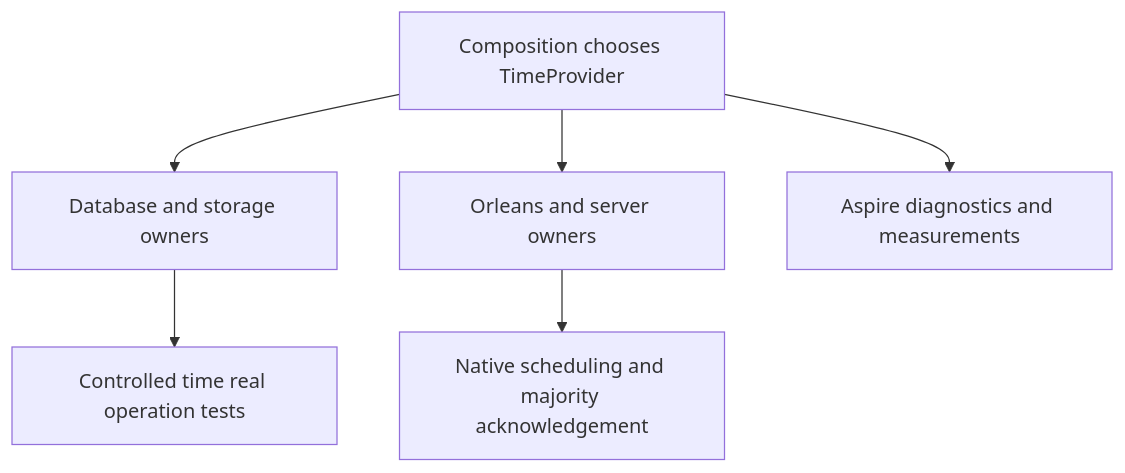
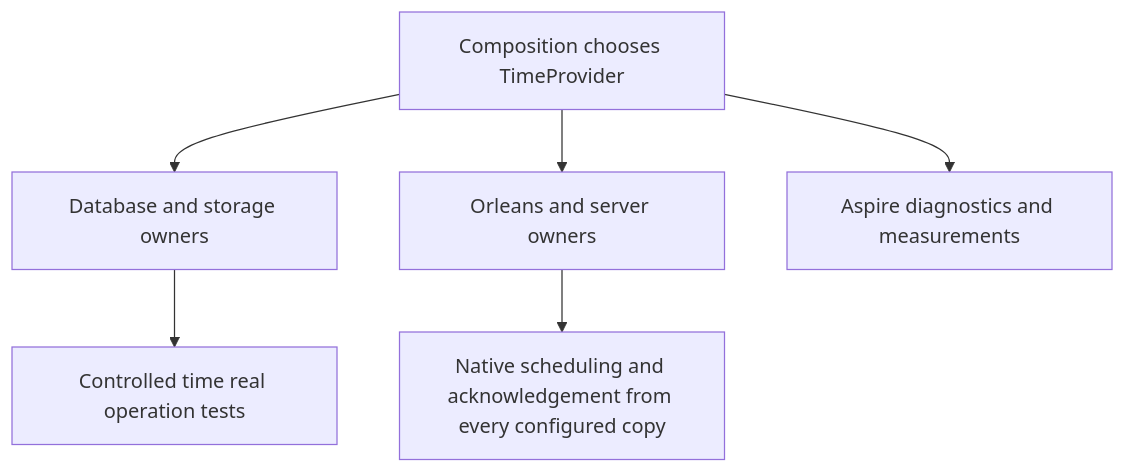
The diagram in docs/ADR/ADR-115-time-provider.md (managedcode/KeyLoad), drawn with Mermaid before and after one commit. The commit also changed other lines of this file and 2010 other files, not shown here.

````diff
--- a/docs/ADR/ADR-115-time-provider.md
+++ b/docs/ADR/ADR-115-time-provider.md
@@ -20,8 +20,8 @@
 ```mermaid
 flowchart TD
     Root[Composition chooses TimeProvider] --> Engine[Database and storage owners]
     Root --> Runtime[Orleans and server owners]
     Root --> Tools[Aspire diagnostics and measurements]
     Engine --> Tests[Controlled time real operation tests]
-    Runtime --> Cluster[Native scheduling and majority acknowledgement]
+    Runtime --> Cluster[Native scheduling and acknowledgement from every configured copy]
 ```
````
